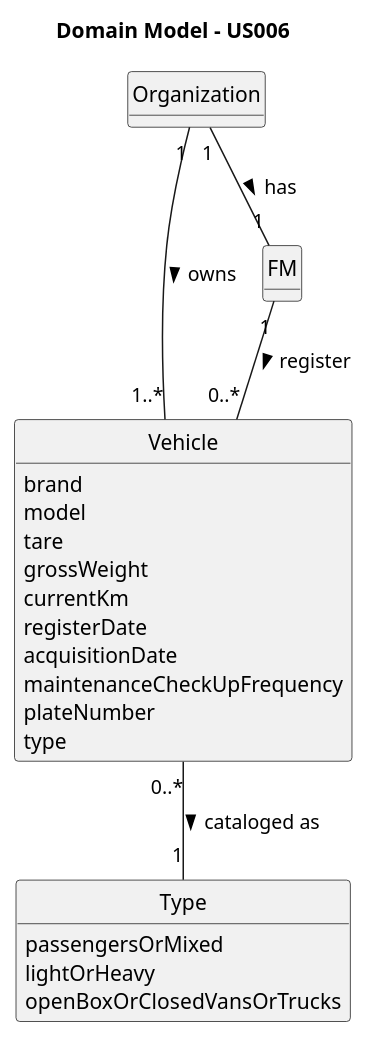
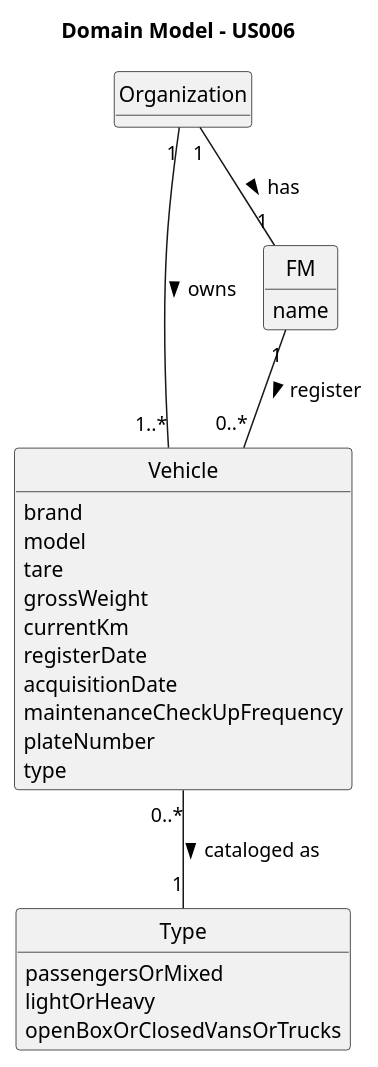
The diagram in docs/sprintA/us006/02.analysis/puml/us006-domain-model.puml (daniel41silva05/ISEP_2023_2024_LAPR2), drawn with PlantUML before and after one commit. The commit also changed 5 other files, not shown here.

```diff
--- a/docs/sprintA/us006/02.analysis/puml/us006-domain-model.puml
+++ b/docs/sprintA/us006/02.analysis/puml/us006-domain-model.puml
@@ -1,43 +1,44 @@
 @startuml
 skinparam monochrome true
 skinparam packageStyle rectangle
 skinparam shadowing false
 
 skinparam classAttributeIconSize 0
 
 hide circle
 hide methods
 
 title Domain Model - US006
 
 class Organization {
 }
 
 class Vehicle {
     brand
     model
     tare
     grossWeight
     currentKm
     registerDate
     acquisitionDate
     maintenanceCheckUpFrequency
     plateNumber
     type
 }
 
 class FM {
+    name
 }
 
 class Type {
     passengersOrMixed
     lightOrHeavy
     openBoxOrClosedVansOrTrucks
 }
 
 Organization "1" -- "1" FM : has >
 Organization "1" -- "1..*" Vehicle : owns >
 FM "1" -- "0..*" Vehicle : register >
 Vehicle "0..*" -- "1" Type : cataloged as >
 
 @enduml
```
